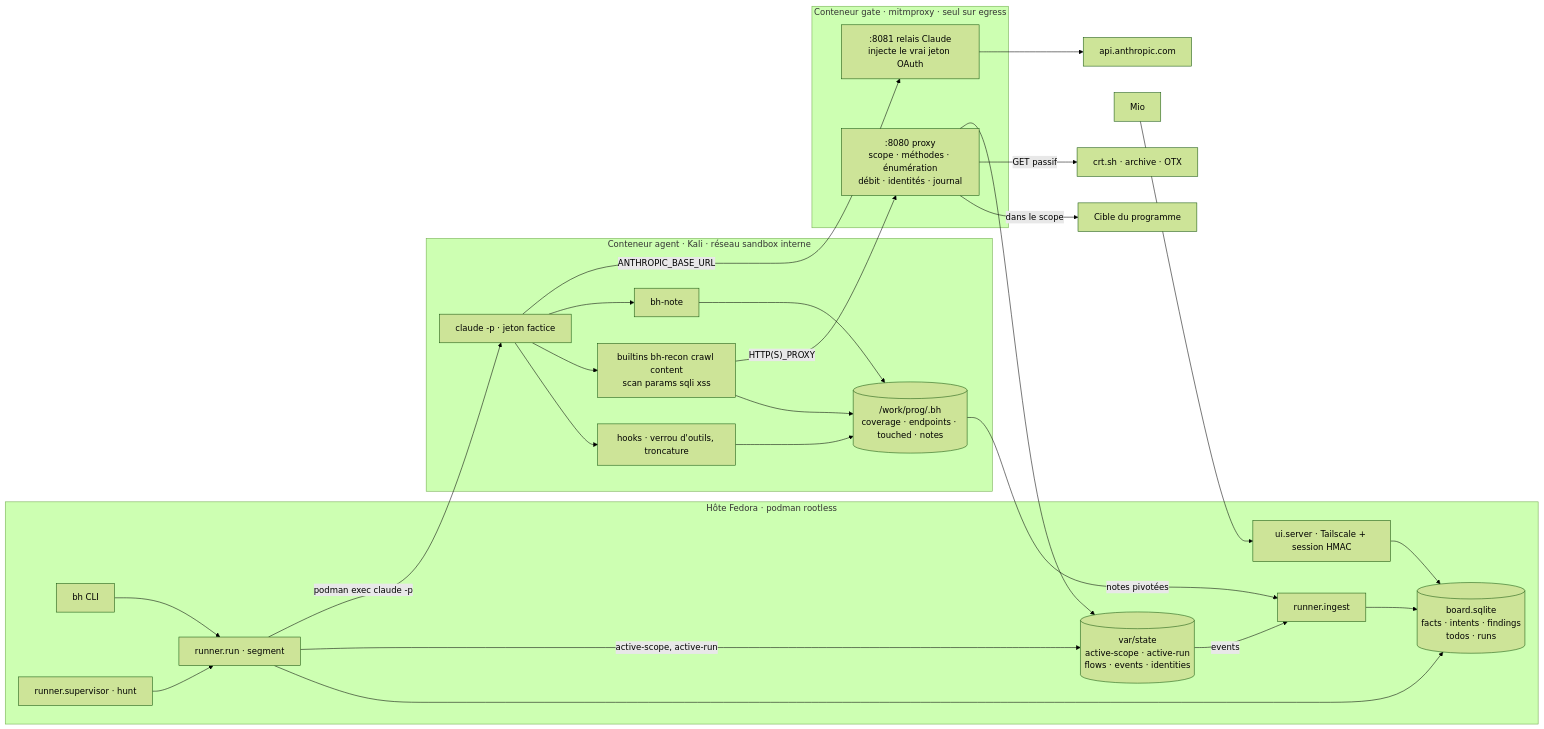
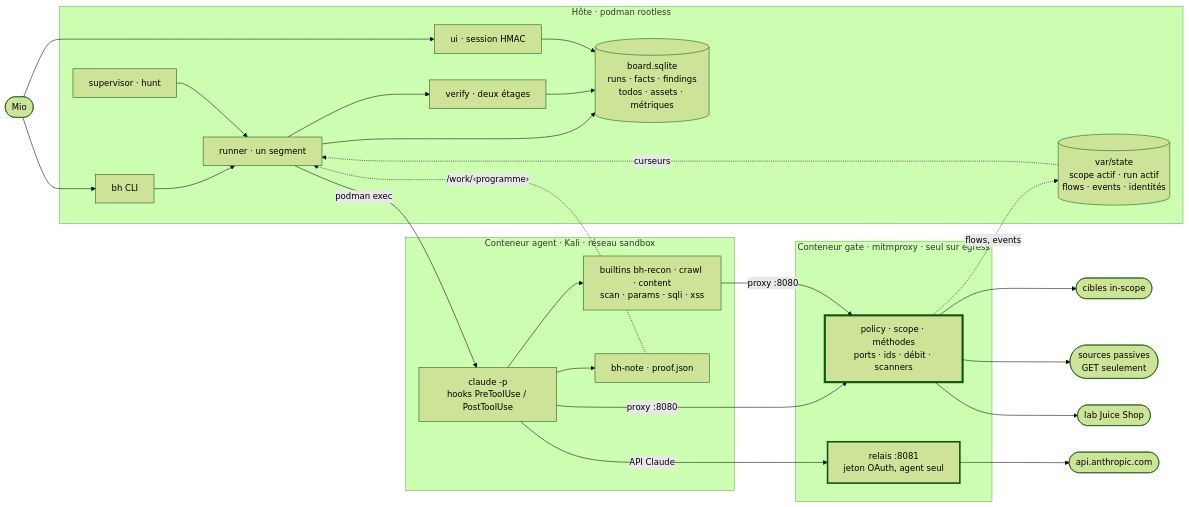
One commit to Moutdili/bull-harness changed the first of 15 diagrams in docs/diagrams.md. Above: the diagram before and after it, drawn with Mermaid (forest theme). The commit also changed other lines of this file and 3 other files, not shown here.

First line of the commit message:
docs: README with mermaid diagrams, current architecture diagrams, review status

````diff
--- a/docs/diagrams.md
+++ b/docs/diagrams.md
@@ -9,42 +8,40 @@
 ```mermaid
 flowchart LR
-  MIO["Mio"] --> UI
-  subgraph HOST["Hôte Fedora · podman rootless"]
-    CLI["bh CLI"] --> RUN["runner.run · segment"]
-    SUP["runner.supervisor · hunt"] --> RUN
-    UI["ui.server · Tailscale + session HMAC"]
-    ING["runner.ingest"]
-    BOARD[("board.sqlite<br/>facts · intents · findings<br/>todos · runs")]
-    STATE[("var/state<br/>active-scope · active-run<br/>flows · events · identities")]
+  MIO(["Mio"]) --> UI
+  MIO --> CLI
+  subgraph HOST["Hôte · podman rootless"]
+    CLI["bh CLI"] --> RUN["runner · un segment"]
+    SUP["supervisor · hunt"] --> RUN
+    RUN --> VER["verify · deux étages"]
+    UI["ui · session HMAC"]
+    BOARD[("board.sqlite<br/>runs · facts · findings<br/>todos · assets · métriques")]
+    STATE[("var/state<br/>scope actif · run actif<br/>flows · events · identités")]
     RUN --> BOARD
-    ING --> BOARD
+    VER --> BOARD
     UI --> BOARD
-    RUN -->|"active-scope, active-run"| STATE
   end
-  subgraph AGENT["Conteneur agent · Kali · réseau sandbox interne"]
-    CL["claude -p · jeton factice"]
-    HK["hooks · verrou d'outils, troncature"]
-    BI["builtins bh-recon crawl content<br/>scan params sqli xss"]
-    NOTE["bh-note"]
-    WD[("/work/prog/.bh<br/>coverage · endpoints · touched · notes")]
-    CL --> HK
-    CL --> BI
-    CL --> NOTE
-    BI --> WD
-    NOTE --> WD
-    HK --> WD
+  subgraph AGENT["Conteneur agent · Kali · réseau sandbox"]
+    CC["claude -p<br/>hooks PreToolUse / PostToolUse"]
+    BI["builtins bh-recon · crawl · content<br/>scan · params · sqli · xss"]
+    NOTE["bh-note · proof.json"]
+    CC --> BI
+    CC --> NOTE
   end
   subgraph GATE["Conteneur gate · mitmproxy · seul sur egress"]
-    PX[":8080 proxy<br/>scope · méthodes · énumération<br/>débit · identités · journal"]
-    RL[":8081 relais Claude<br/>injecte le vrai jeton OAuth"]
+    POL["policy · scope · méthodes<br/>ports · ids · débit · scanners"]
+    REL["relais :8081<br/>jeton OAuth, agent seul"]
   end
-  RUN -->|"podman exec claude -p"| CL
-  WD -->|"notes pivotées"| ING
-  CL -->|"ANTHROPIC_BASE_URL"| RL --> ANTH["api.anthropic.com"]
-  BI -->|"HTTP(S)_PROXY"| PX
-  PX -->|"dans le scope"| TGT["Cible du programme"]
-  PX -->|"GET passif"| PAS["crt.sh · archive · OTX"]
-  PX --> STATE
-  STATE -->|"events"| ING
-    
+  RUN -- "podman exec" --> CC
+  CC -- "proxy :8080" --> POL
+  BI -- "proxy :8080" --> POL
+  CC -- "API Claude" --> REL
+  POL --> TGT(["cibles in-scope"])
+  POL --> PAS(["sources passives<br/>GET seulement"])
+  POL --> LAB(["lab Juice Shop"])
+  REL --> ANT(["api.anthropic.com"])
+  POL -. "flows, events" .-> STATE
+  STATE -. "curseurs" .-> RUN
+  NOTE -. "/work/‹programme›" .-> RUN
+  style POL stroke-width:4px
+  style REL stroke-width:3px
 ```
````
